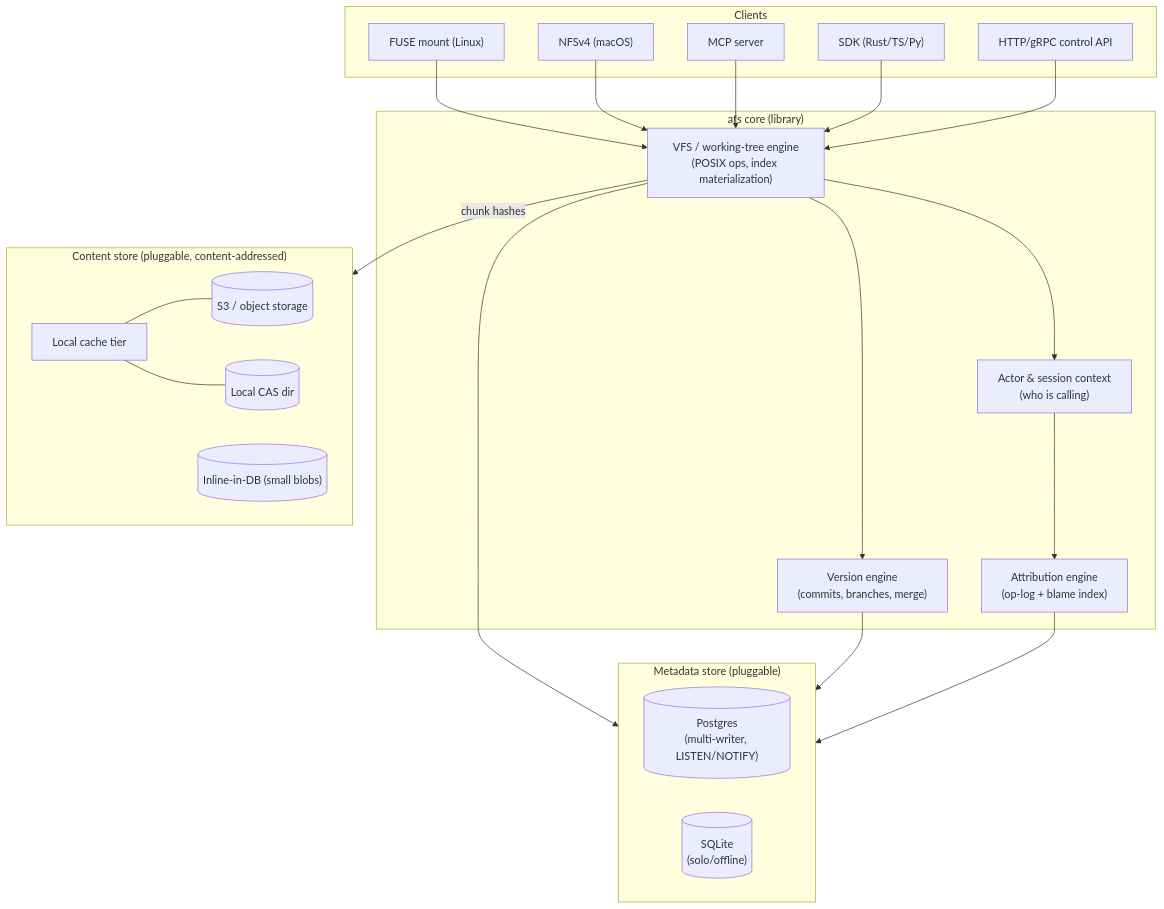
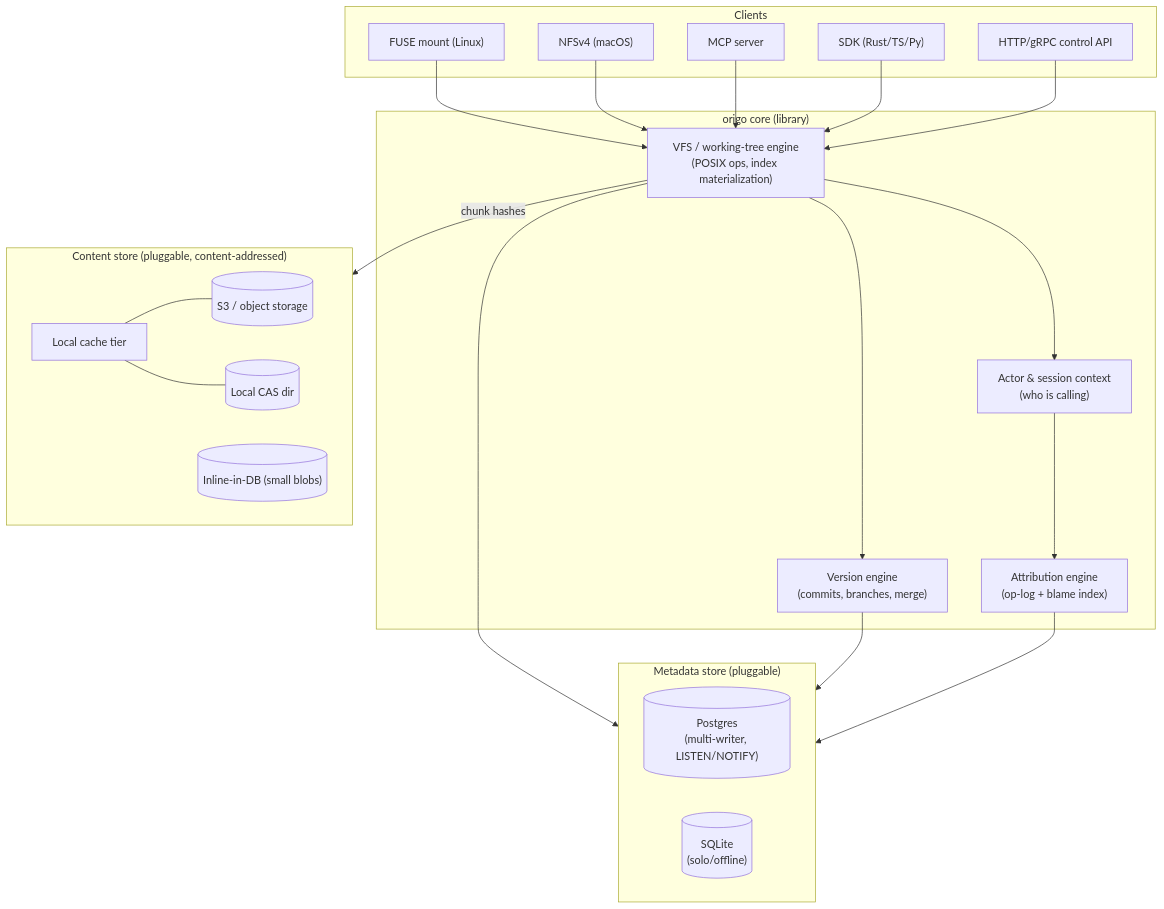
Before and after one commit to danplischke/afs: the diagram in docs/DESIGN.md, drawn with Mermaid. The commit also changed other lines of this file and 226 other files, not shown here.

First line of the commit message:
rename: afs → origo across the whole workspace

````diff
--- a/docs/DESIGN.md
+++ b/docs/DESIGN.md
@@ -35,38 +35,38 @@
 ```mermaid
 flowchart TB
   subgraph Clients
     FUSE["FUSE mount (Linux)"]
     NFS["NFSv4 (macOS)"]
     MCP["MCP server"]
     SDK["SDK (Rust/TS/Py)"]
     API["HTTP/gRPC control API"]
   end
 
-  subgraph Core["afs core (library)"]
+  subgraph Core["origo core (library)"]
     VFS["VFS / working-tree engine\n(POSIX ops, index materialization)"]
     ACT["Actor & session context\n(who is calling)"]
     VER["Version engine\n(commits, branches, merge)"]
     ATT["Attribution engine\n(op-log + blame index)"]
   end
 
   subgraph Meta["Metadata store (pluggable)"]
     PG[("Postgres\n(multi-writer, LISTEN/NOTIFY)")]
     LITE[("SQLite\n(solo/offline)")]
   end
 
   subgraph Content["Content store (pluggable, content-addressed)"]
     S3[("S3 / object storage")]
     LOCAL[("Local CAS dir")]
     INLINE[("Inline-in-DB (small blobs)")]
     CACHE["Local cache tier"]
   end
 
   FUSE & NFS & MCP & SDK & API --> VFS
   VFS --> ACT --> ATT
   VFS --> VER
   VFS --> Meta
   VER --> Meta
   ATT --> Meta
   VFS -->|chunk hashes| Content
   CACHE --- S3 & LOCAL
 ```
````
